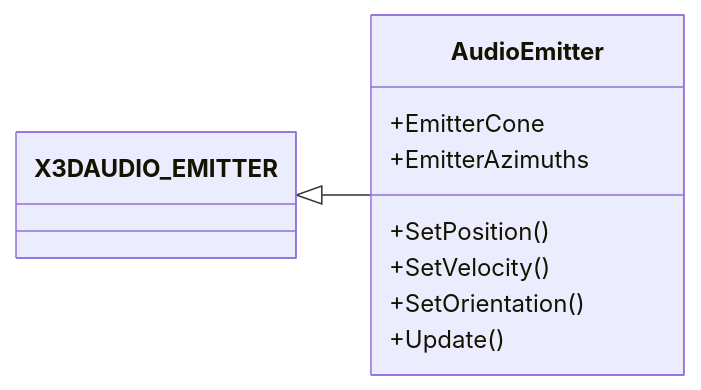
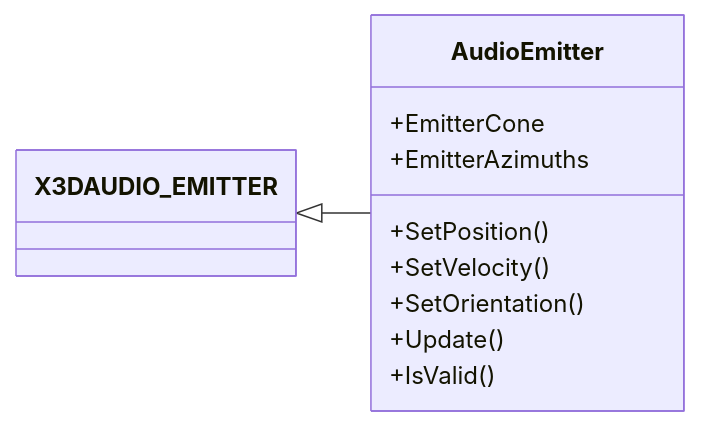
One commit to neogrammer/Wiki changed the diagram in AudioEmitter.md. Above: the diagram before and after it, drawn with Mermaid.

Commit message:
Updated AudioEmitter (markdown)

````diff
--- a/AudioEmitter.md
+++ b/AudioEmitter.md
@@ -10,14 +10,15 @@
 ```mermaid
 classDiagram
 direction LR
 class AudioEmitter{
    +EmitterCone
    +EmitterAzimuths
    +SetPosition()
    +SetVelocity()
    +SetOrientation()
    +Update()
+   +IsValid()
 }
 class X3DAUDIO_EMITTER
 X3DAUDIO_EMITTER <|-- AudioEmitter
 ```
````
